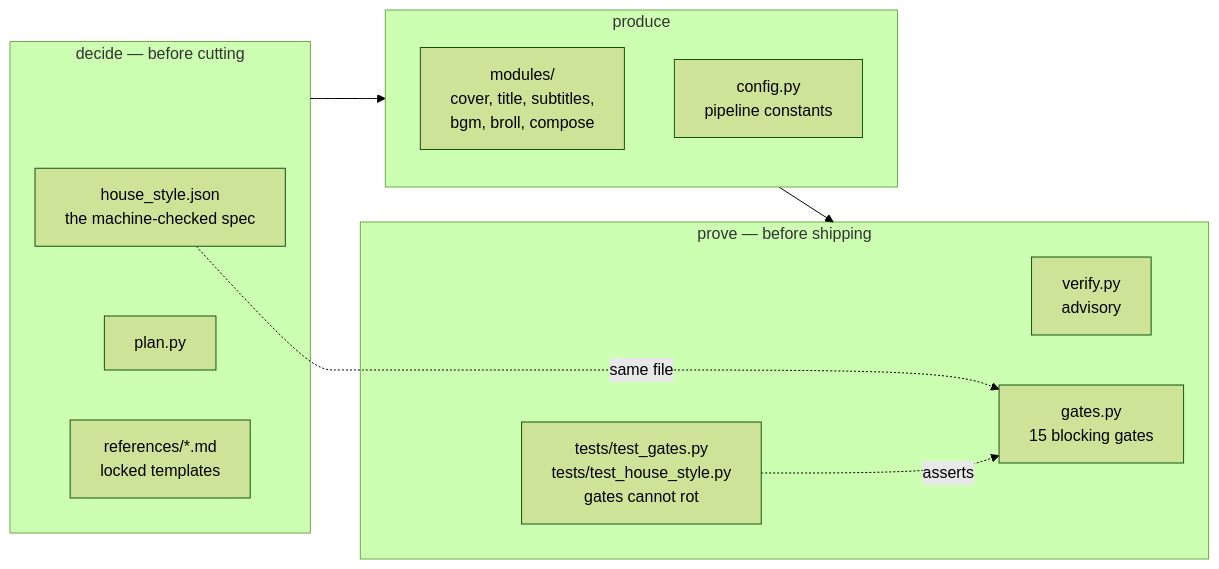
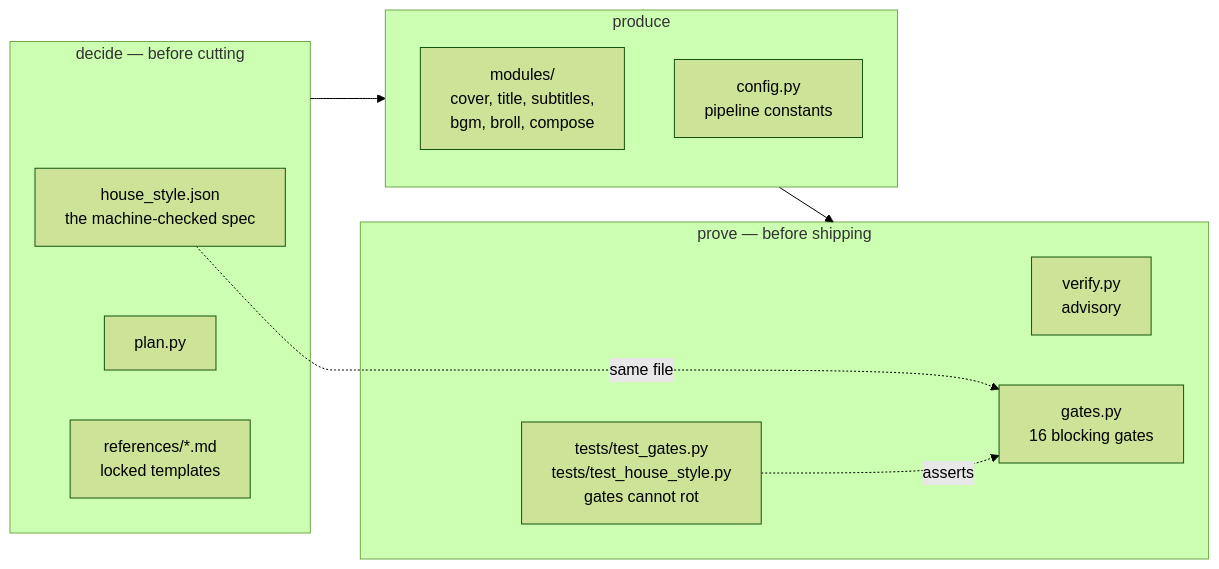
The second of 4 diagrams in ARCHITECTURE.md (chyiiiiiiiiiiii/yiibu), drawn with Mermaid (forest theme) before and after one commit. The commit also changed other lines of this file and 16 other files, not shown here.

````diff
--- a/ARCHITECTURE.md
+++ b/ARCHITECTURE.md
@@ -92,20 +92,20 @@
 ```mermaid
 flowchart LR
     subgraph decide["decide — before cutting"]
         spec[house_style.json<br/>the machine-checked spec]
         plan[plan.py]
         refs[references/*.md<br/>locked templates]
     end
     subgraph produce["produce"]
         mods[modules/<br/>cover, title, subtitles,<br/>bgm, broll, compose]
         cfg[config.py<br/>pipeline constants]
     end
     subgraph prove["prove — before shipping"]
         verify[verify.py<br/>advisory]
-        gates[gates.py<br/>15 blocking gates]
+        gates[gates.py<br/>16 blocking gates]
         tests[tests/test_gates.py<br/>tests/test_house_style.py<br/>gates cannot rot]
     end
     decide --> produce --> prove
     spec -.same file.-> gates
     tests -.asserts.-> gates
 ```
````
